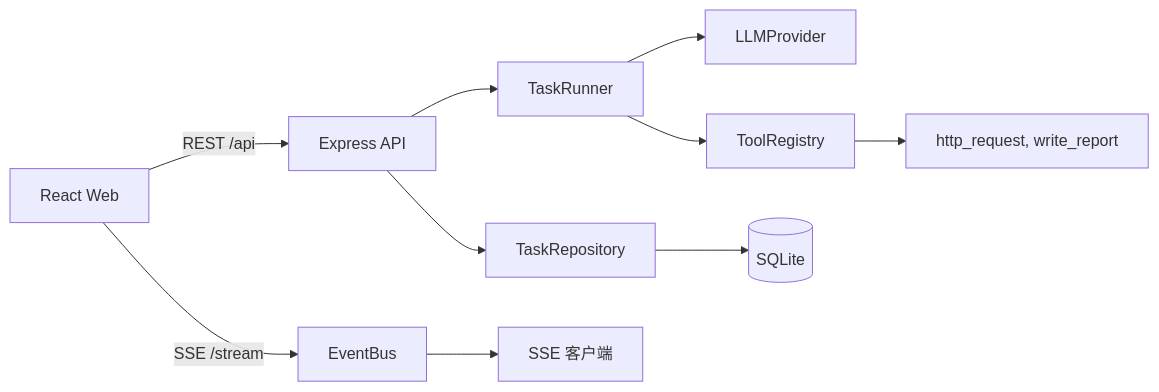
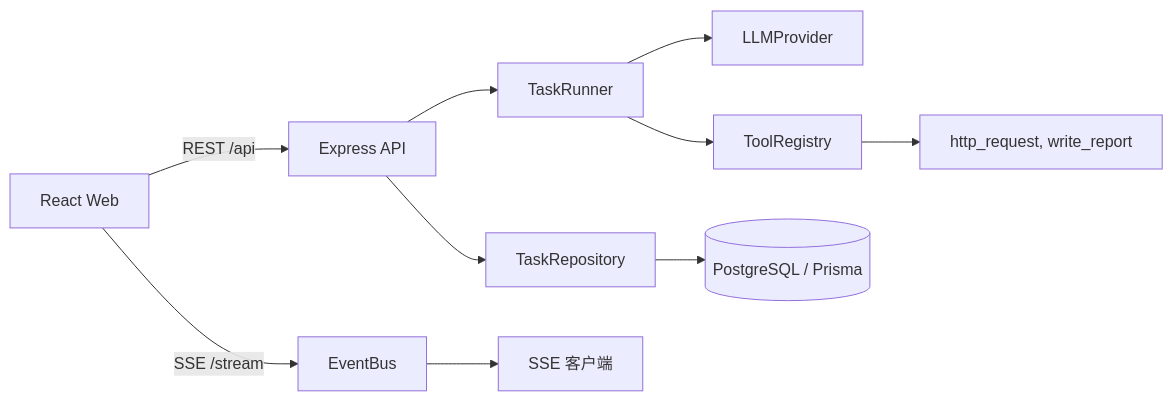
One commit to CC0150/agent-console changed the diagram in docs/architecture.md. Above: the diagram before and after it, drawn with Mermaid. The commit also changed 36 other files, not shown here.

Commit message:
feat: SQLite 迁移至 Neon PostgreSQL，服务端接入 Prisma

````diff
--- a/docs/architecture.md
+++ b/docs/architecture.md
@@ -5,12 +5,12 @@
 ```mermaid
 flowchart LR
   Web[React Web] -->|REST /api| API[Express API]
   Web -->|SSE /stream| EventBus[EventBus]
   API --> Repo[TaskRepository]
   API --> Runner[TaskRunner]
   Runner --> LLM[LLMProvider]
   Runner --> Registry[ToolRegistry]
   Registry --> Tool[http_request, write_report]
-  Repo --> DB[(SQLite)]
+  Repo --> DB[(PostgreSQL / Prisma)]
   EventBus --> SSE[SSE 客户端]
 ```
````
